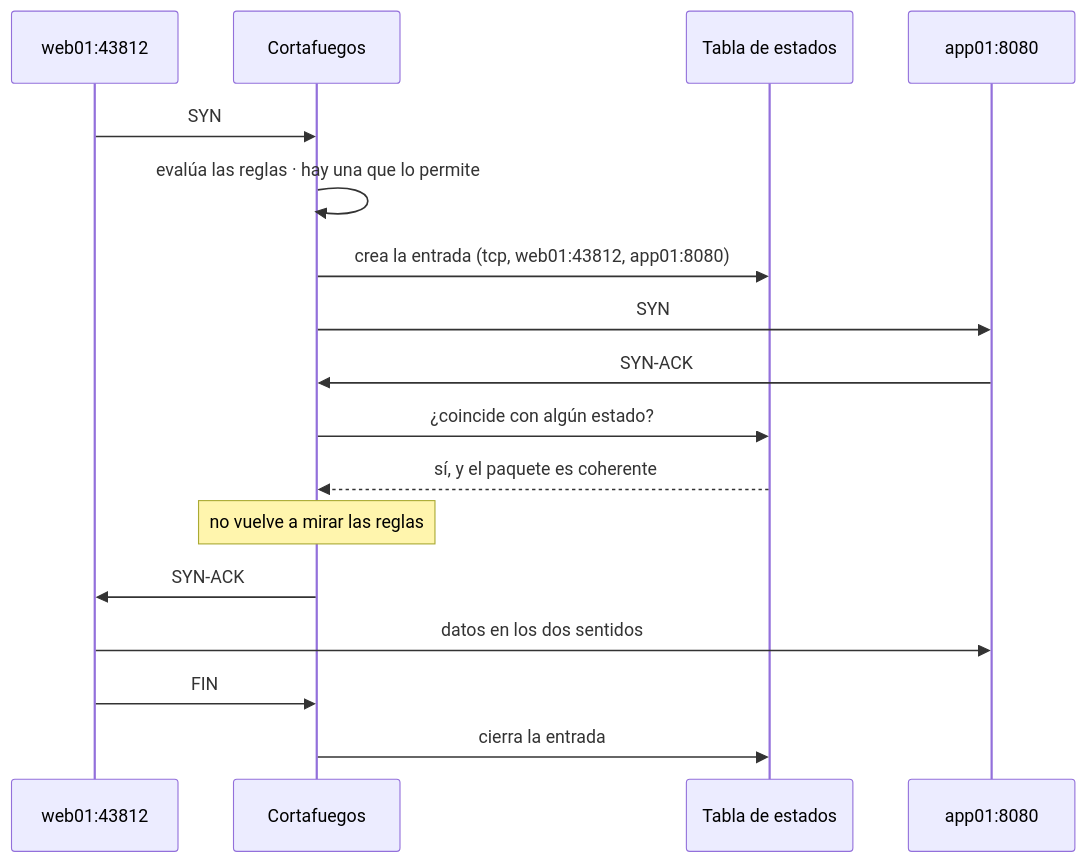
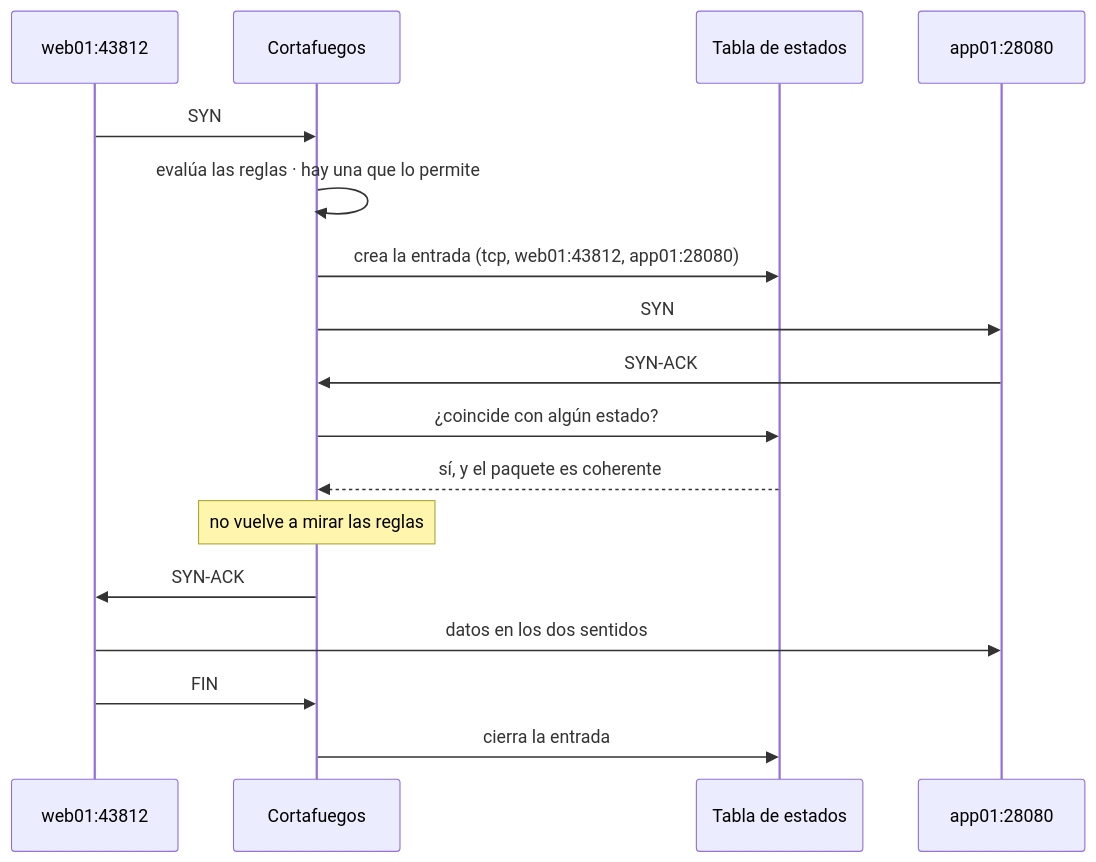
Before and after one commit to victor-educ/apuntes-5166: the second of 5 diagrams in docs/ut/ut3-seguridad-por-capas.md, drawn with Mermaid. The commit also changed other lines of this file and 12 other files, not shown here.

````diff
--- a/docs/ut/ut3-seguridad-por-capas.md
+++ b/docs/ut/ut3-seguridad-por-capas.md
@@ -117,19 +117,19 @@
 ```mermaid
 sequenceDiagram
     participant W as web01:43812
     participant F as Cortafuegos
     participant T as Tabla de estados
-    participant A as app01:8080
+    participant A as app01:28080
     W->>F: SYN
     F->>F: evalúa las reglas · hay una que lo permite
-    F->>T: crea la entrada (tcp, web01:43812, app01:8080)
+    F->>T: crea la entrada (tcp, web01:43812, app01:28080)
     F->>A: SYN
     A->>F: SYN-ACK
     F->>T: ¿coincide con algún estado?
     T-->>F: sí, y el paquete es coherente
     Note over F: no vuelve a mirar las reglas
     F->>W: SYN-ACK
     W->>A: datos en los dos sentidos
     W->>F: FIN
     F->>T: cierra la entrada
 ```
````
